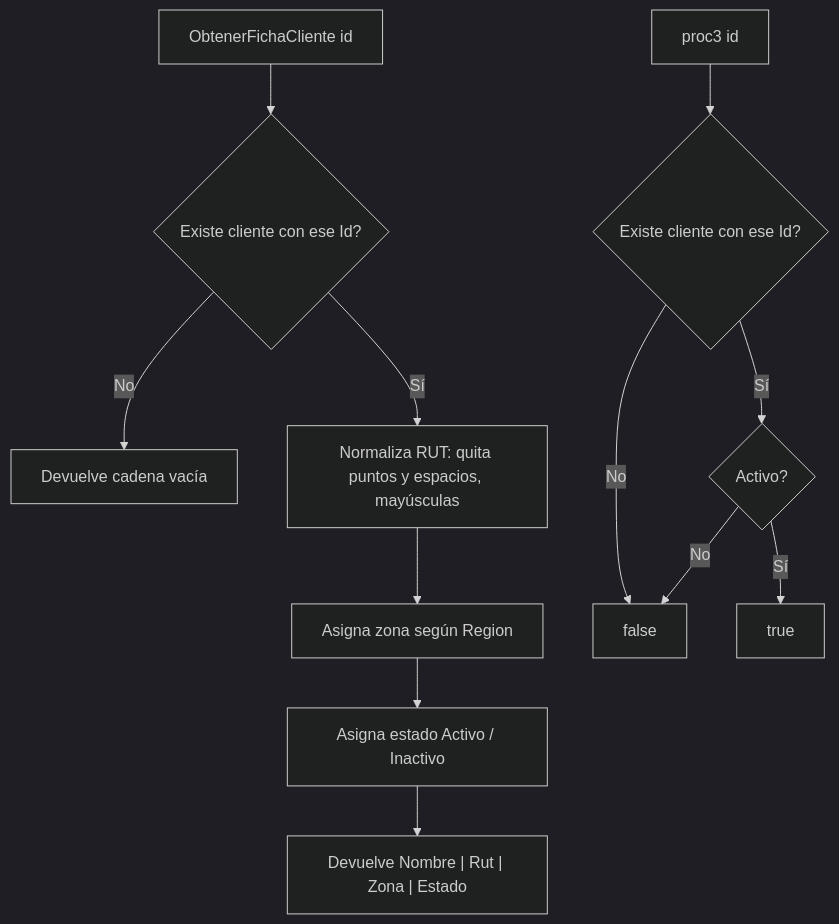
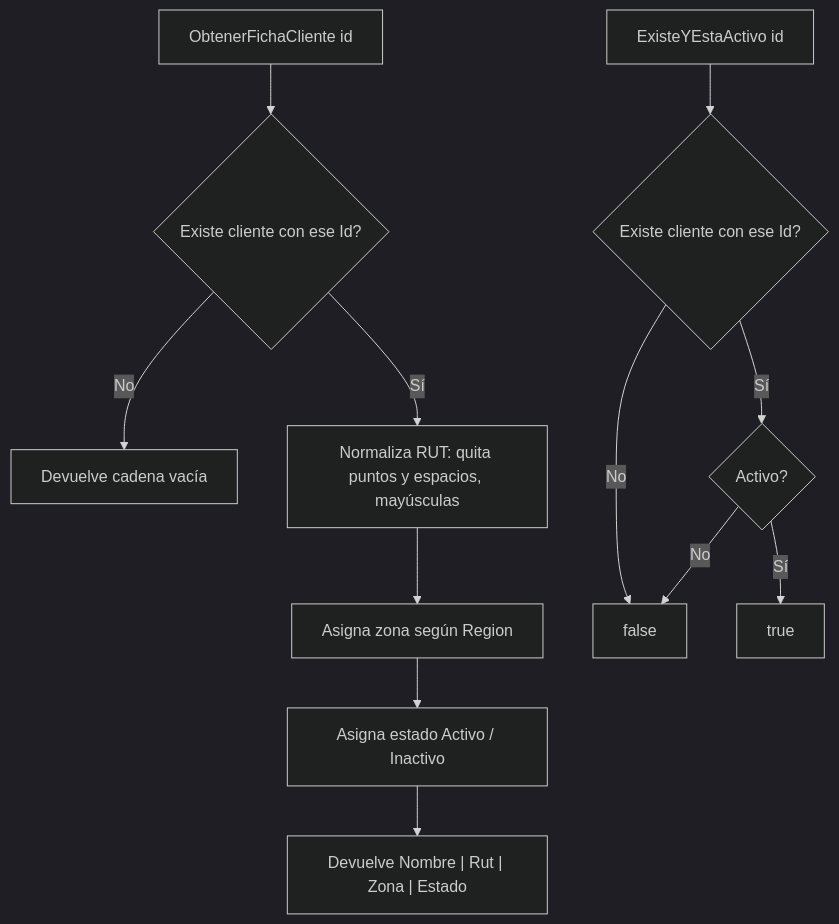
Before and after one commit to jsaenzgti/pedidos-web: the diagram in docs/modulos/ClientesService.md, drawn with Mermaid (dark theme). The commit also changed other lines of this file and 2 other files, not shown here.

Commit message:
refactor: renombra proc3 a ExisteYEstaActivo en ClientesService (U3)

````diff
--- a/docs/modulos/ClientesService.md
+++ b/docs/modulos/ClientesService.md
@@ -75,15 +75,15 @@
 ```mermaid
 flowchart TD
     A[ObtenerFichaCliente id] --> B{Existe cliente con ese Id?}
     B -- No --> C[Devuelve cadena vacía]
     B -- Sí --> D[Normaliza RUT: quita puntos y espacios, mayúsculas]
     D --> E[Asigna zona según Region]
     E --> F[Asigna estado Activo / Inactivo]
     F --> G["Devuelve Nombre | Rut | Zona | Estado"]
 
-    H[proc3 id] --> I{Existe cliente con ese Id?}
+    H[ExisteYEstaActivo id] --> I{Existe cliente con ese Id?}
     I -- No --> J[false]
     I -- Sí --> K{Activo?}
     K -- Sí --> L[true]
     K -- No --> J
 ```
````
